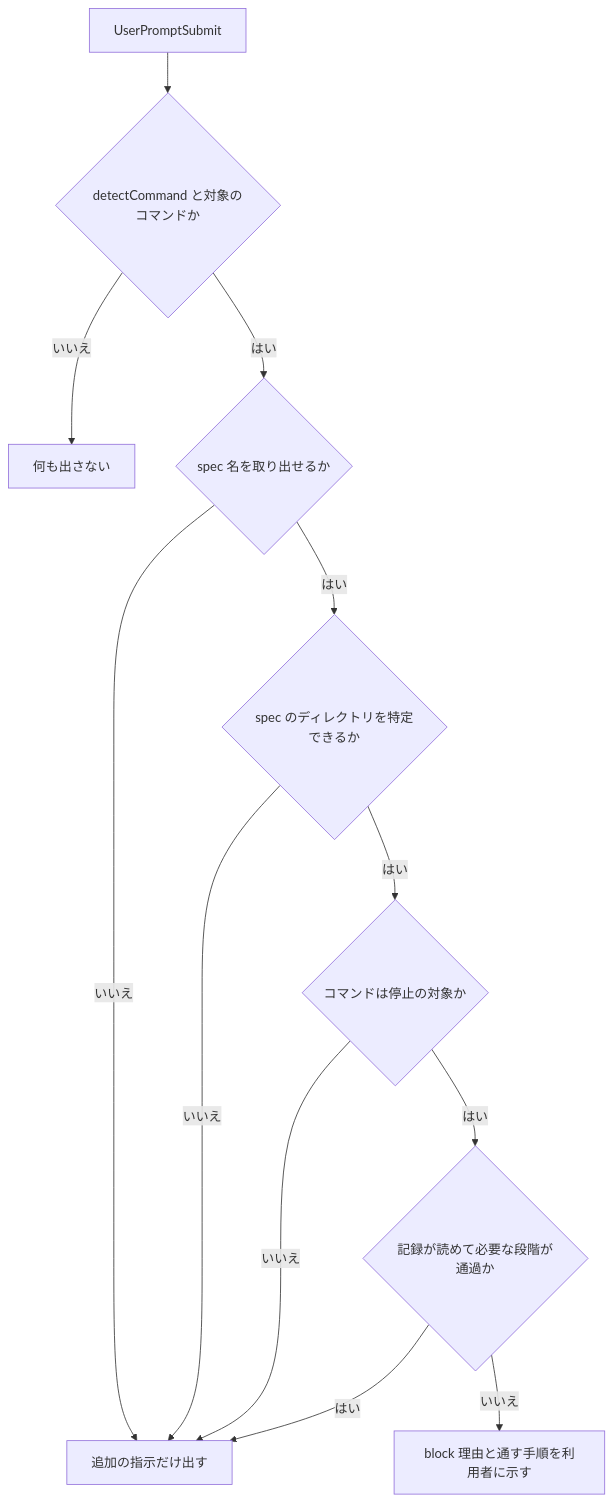
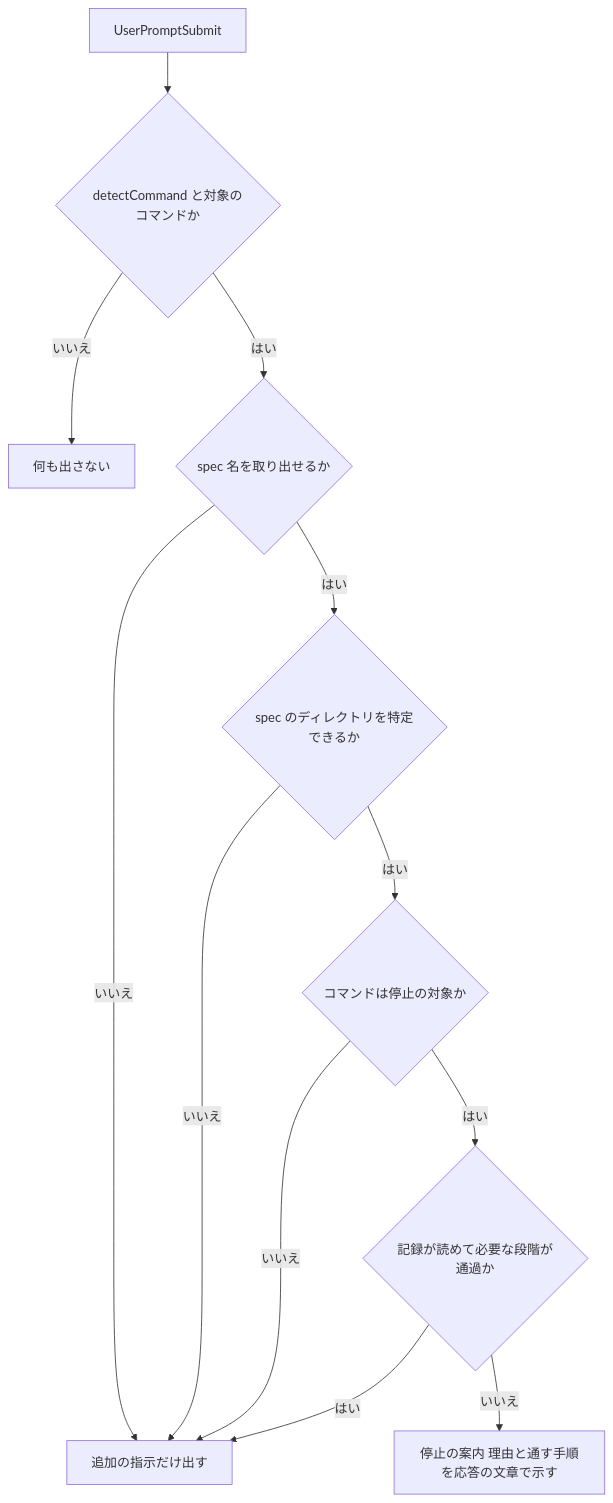
One commit to nekono-dev/cc-sdd-bootstrap changed the second of 3 diagrams in .kiro/specs/feasibility-review/design.md. Above: the diagram before and after it, drawn with Mermaid. The commit also changed other lines of this file and 136 other files, not shown here.

````diff
--- a/.kiro/specs/feasibility-review/design.md
+++ b/.kiro/specs/feasibility-review/design.md
@@ -110,14 +108,14 @@
 ```mermaid
 flowchart TD
     A[UserPromptSubmit] --> B{detectCommand と対象のコマンドか}
     B -- いいえ --> Z[何も出さない]
     B -- はい --> C{spec 名を取り出せるか}
     C -- いいえ --> X[追加の指示だけ出す]
     C -- はい --> D{spec のディレクトリを特定できるか}
     D -- いいえ --> X
     D -- はい --> E{コマンドは停止の対象か}
     E -- いいえ --> X
     E -- はい --> F{記録が読めて必要な段階が通過か}
     F -- はい --> X
-    F -- いいえ --> G[block 理由と通す手順を利用者に示す]
+    F -- いいえ --> G[停止の案内 理由と通す手順を応答の文章で示す]
 ```
````
